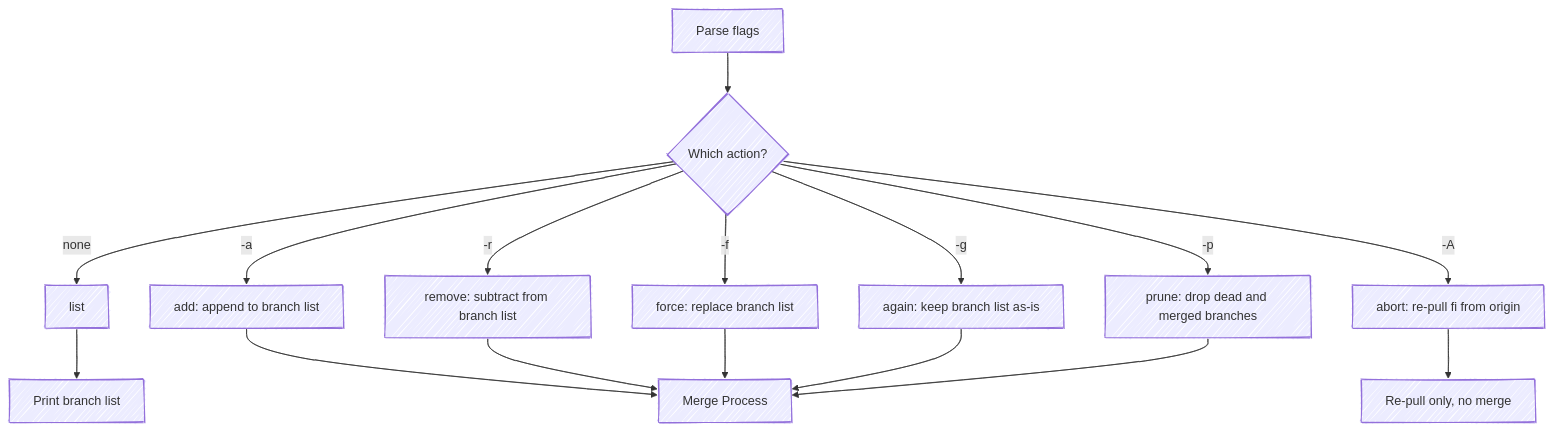
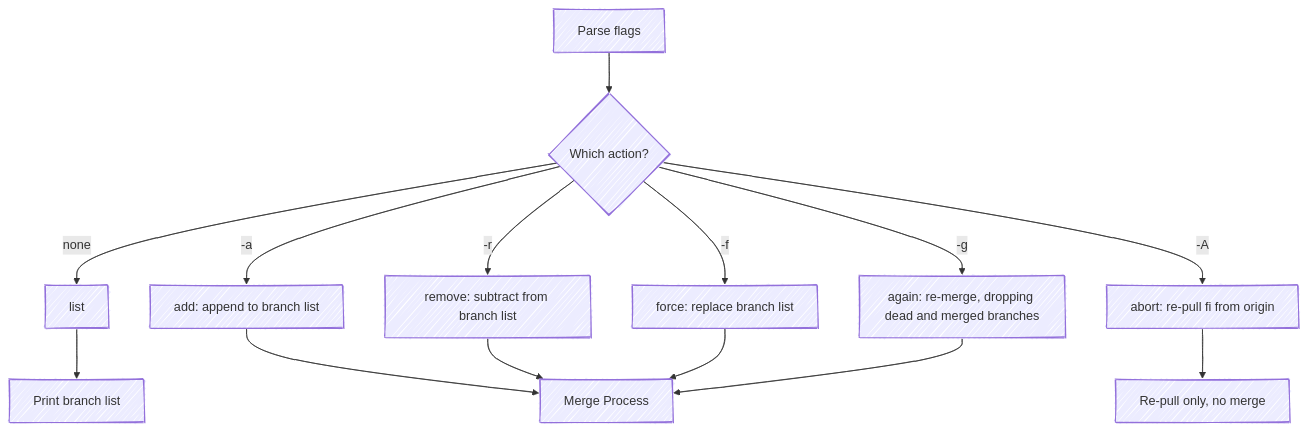
Before and after one commit to gettyimages/git-fi: the diagram in docs/advanced.md, drawn with Mermaid. The commit also changed other lines of this file and 19 other files, not shown here.

````diff
--- a/docs/advanced.md
+++ b/docs/advanced.md
@@ -91,19 +86,17 @@
 ```mermaid
 %%{ init: { 'look': 'handDrawn' } }%%
 flowchart TD
   A[Parse flags] --> B{Which action?}
   B -- none --> L[list]
   B -- -a --> ADD[add: append to branch list]
   B -- -r --> REM[remove: subtract from branch list]
   B -- -f --> FRC[force: replace branch list]
-  B -- -g --> AGN[again: keep branch list as-is]
-  B -- -p --> PRN[prune: drop dead and merged branches]
+  B -- -g --> AGN[again: re-merge, dropping dead and merged branches]
   B -- -A --> ABT[abort: re-pull fi from origin]
   ADD --> M[Merge Process]
   REM --> M
   FRC --> M
   AGN --> M
-  PRN --> M
   L --> OUT[Print branch list]
   ABT --> OUT2[Re-pull only, no merge]
 ```
````
